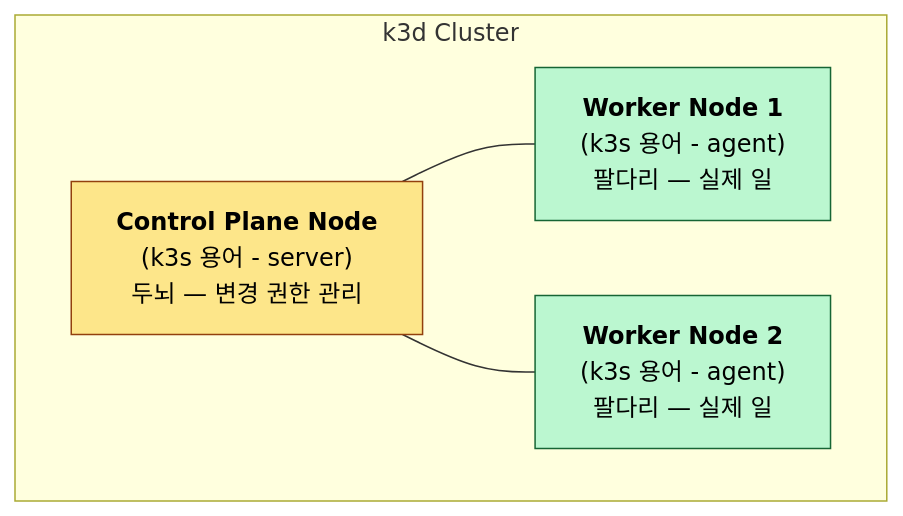
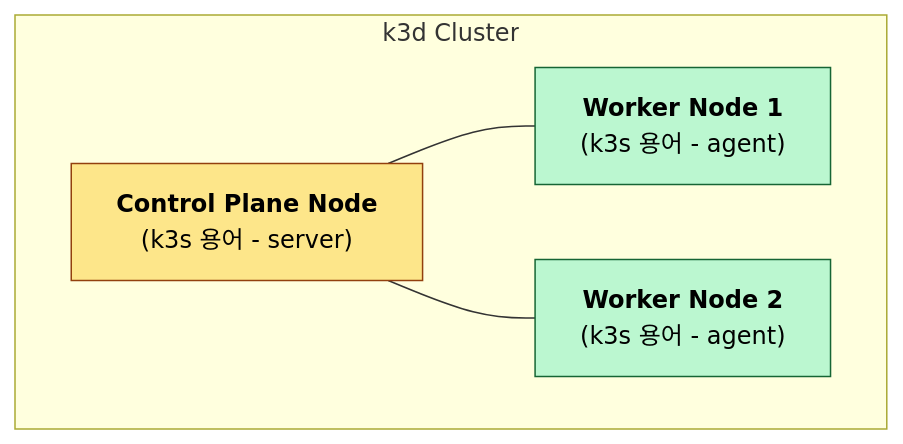
One commit to currenjin/currenjin.github.io changed the third of 13 diagrams in _wiki/homelab.md. Above: the diagram before and after it, drawn with Mermaid. The commit also changed other lines of this file, not shown here.

````diff
--- a/_wiki/homelab.md
+++ b/_wiki/homelab.md
@@ -312,16 +173,16 @@
 ```mermaid
 flowchart TB
   subgraph Cluster["k3d Cluster"]
-    CP["<b>Control Plane Node</b><br/>(k3s 용어 - server)<br/>두뇌 — 변경 권한 관리"]
-    W1["<b>Worker Node 1</b><br/>(k3s 용어 - agent)<br/>팔다리 — 실제 일"]
-    W2["<b>Worker Node 2</b><br/>(k3s 용어 - agent)<br/>팔다리 — 실제 일"]
+    CP["<b>Control Plane Node</b><br/>(k3s 용어 - server)"]
+    W1["<b>Worker Node 1</b><br/>(k3s 용어 - agent)"]
+    W2["<b>Worker Node 2</b><br/>(k3s 용어 - agent)"]
 
     CP --- W1
     CP --- W2
   end
 
   classDef cp fill:#fde68a,stroke:#92400e,color:#000
   classDef wk fill:#bbf7d0,stroke:#166534,color:#000
   class CP cp
   class W1,W2 wk
 ```
````
